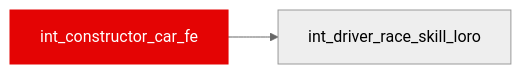
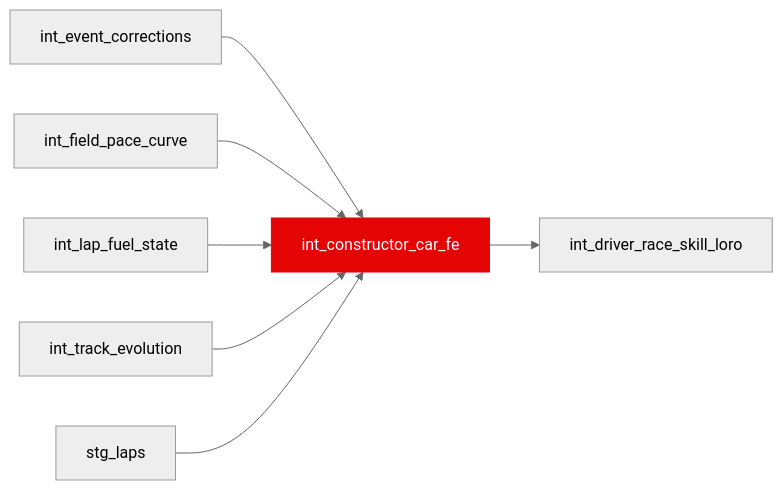
One commit to JustinClarke/off-the-pace changed the diagram in docs/reference/models/int/int_constructor_car_fe.mdx. Above: the diagram before and after it, drawn with Mermaid (neutral theme). The commit also changed other lines of this file and 87 other files, not shown here.

````diff
--- a/docs/reference/models/int/int_constructor_car_fe.mdx
+++ b/docs/reference/models/int/int_constructor_car_fe.mdx
@@ -15,5 +15,10 @@
 ```mermaid
 flowchart LR
+  int_event_corrections --> int_constructor_car_fe
+  int_field_pace_curve --> int_constructor_car_fe
+  int_lap_fuel_state --> int_constructor_car_fe
+  int_track_evolution --> int_constructor_car_fe
+  stg_laps --> int_constructor_car_fe
   int_constructor_car_fe --> int_driver_race_skill_loro
   style int_constructor_car_fe fill:#e40404,stroke:#e40404,color:#fff
 ```
````
